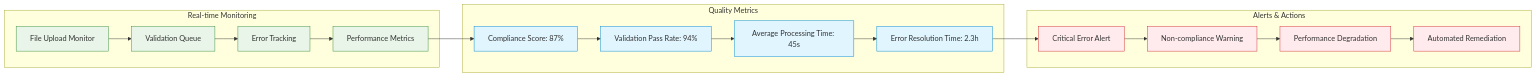
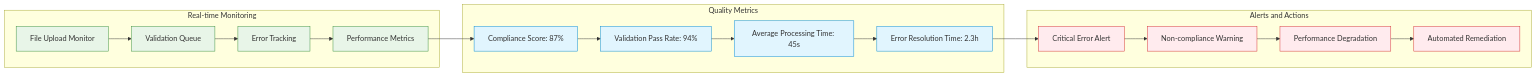
One commit to NikolayBorissovASTRA/bim changed the tenth of 13 diagrams in bim-anforderungen_infra.md. Above: the diagram before and after it, drawn with Mermaid. The commit also changed other lines of this file, not shown here.

````diff
--- a/bim-anforderungen_infra.md
+++ b/bim-anforderungen_infra.md
@@ -1148,40 +1169,40 @@
 ```mermaid
 graph LR
     subgraph "Real-time Monitoring"
         RM1[File Upload Monitor]
         RM2[Validation Queue]
         RM3[Error Tracking]
         RM4[Performance Metrics]
         
         RM1 --> RM2 --> RM3 --> RM4
     end
     
     subgraph "Quality Metrics"
         QM1[Compliance Score: 87%]
         QM2[Validation Pass Rate: 94%]
         QM3[Average Processing Time: 45s]
         QM4[Error Resolution Time: 2.3h]
         
         QM1 --> QM2 --> QM3 --> QM4
     end
     
-    subgraph "Alerts & Actions"
+    subgraph "Alerts and Actions"
         AA1[Critical Error Alert]
         AA2[Non-compliance Warning]
         AA3[Performance Degradation]
         AA4[Automated Remediation]
         
         AA1 --> AA2 --> AA3 --> AA4
     end
     
     RM4 --> QM1
     QM4 --> AA1
     
     classDef monitoring fill:#e8f5e8,stroke:#388e3c
     classDef metrics fill:#e1f5fe,stroke:#0288d1
     classDef alerts fill:#ffebee,stroke:#d32f2f
     
     class RM1,RM2,RM3,RM4 monitoring
     class QM1,QM2,QM3,QM4 metrics
     class AA1,AA2,AA3,AA4 alerts
 ```
````
